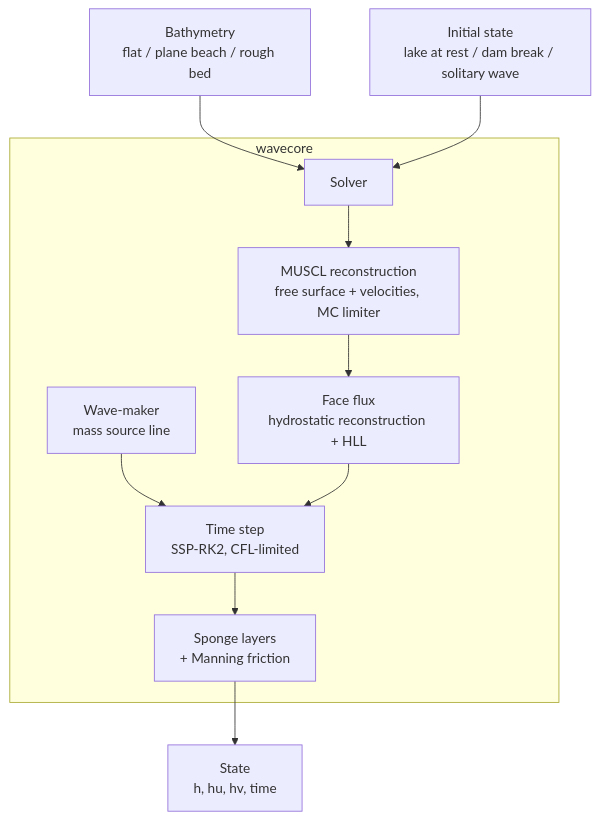
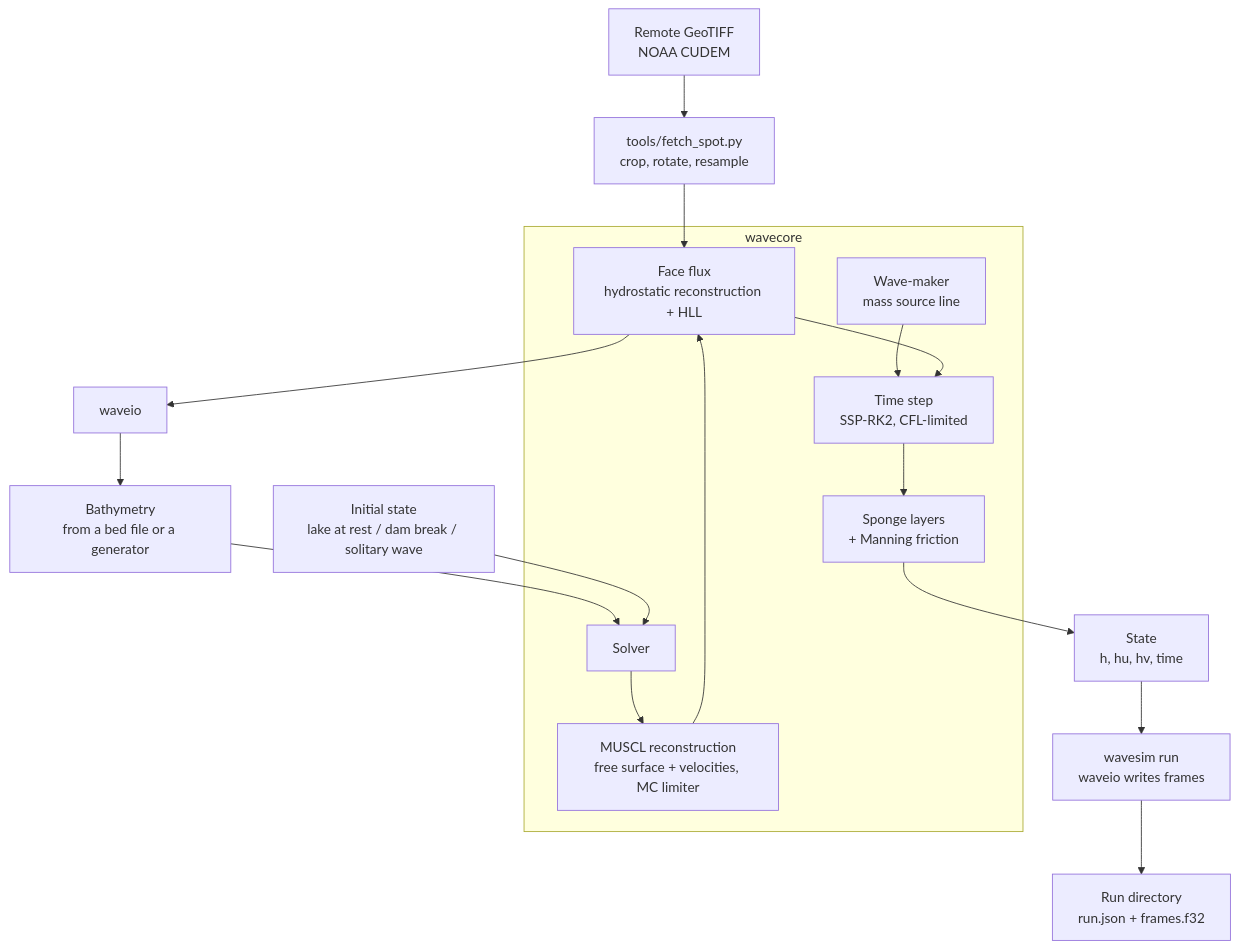
One commit to mlaegn/wavesim changed the diagram in README.md. Above: the diagram before and after it, drawn with Mermaid. The commit also changed other lines of this file and 18 other files, not shown here.

Commit message:
Add real-bed pipeline: fetch tool, waveio formats and wavesim CLI with Pipeline runs

````diff
--- a/README.md
+++ b/README.md
@@ -48,13 +52,19 @@
 ```mermaid
 graph TD
-    B[Bathymetry<br/>flat / plane beach / rough bed] --> S
+    G[Remote GeoTIFF<br/>NOAA CUDEM] --> T[tools/fetch_spot.py<br/>crop, rotate, resample]
+    T --> F[Bed file<br/>JSON + f32]
+    F --> IO[waveio]
+    IO --> B
+    B[Bathymetry<br/>from a bed file or a generator] --> S
     I[Initial state<br/>lake at rest / dam break / solitary wave] --> S
     subgraph wavecore
         S[Solver] --> M[MUSCL reconstruction<br/>free surface + velocities, MC limiter]
         M --> F[Face flux<br/>hydrostatic reconstruction + HLL]
         W[Wave-maker<br/>mass source line] --> U
         F --> U[Time step<br/>SSP-RK2, CFL-limited]
         U --> D[Sponge layers<br/>+ Manning friction]
     end
     D --> R[State<br/>h, hu, hv, time]
+    R --> C[wavesim run<br/>waveio writes frames]
+    C --> O[Run directory<br/>run.json + frames.f32]
 ```
````
